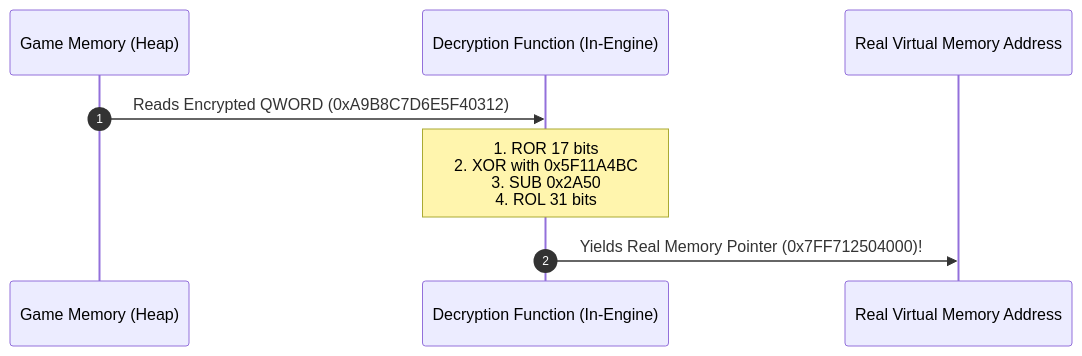
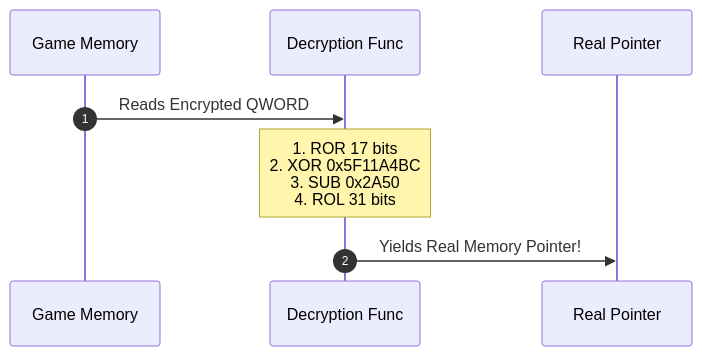
The second of 3 diagrams in topics/24-aaa-binary-obfuscation-and-r6-security-mechanics/README.md (DaddyZyn/Cyber-security-notes), drawn with Mermaid before and after one commit. The commit also changed other lines of this file and 7 other files, not shown here.

Commit message:
fix: reformat all diagrams in modules 20-27 with ultra-short line wrapping to prevent GitHub SVG text clipping

````diff
--- a/topics/24-aaa-binary-obfuscation-and-r6-security-mechanics/README.md
+++ b/topics/24-aaa-binary-obfuscation-and-r6-security-mechanics/README.md
@@ -69,11 +69,11 @@
 ```mermaid
 sequenceDiagram
     autonumber
-    participant RAM as Game Memory (Heap)
-    participant Engine as Decryption Function (In-Engine)
-    participant CPU as Real Virtual Memory Address
+    participant RAM as Game Memory
+    participant Engine as Decryption Func
+    participant CPU as Real Pointer
 
-    RAM->>Engine: Reads Encrypted QWORD (0xA9B8C7D6E5F40312)
-    Note over Engine: 1. ROR 17 bits<br/>2. XOR with 0x5F11A4BC<br/>3. SUB 0x2A50<br/>4. ROL 31 bits
-    Engine->>CPU: Yields Real Memory Pointer (0x7FF712504000)!
+    RAM->>Engine: Reads Encrypted QWORD
+    Note over Engine: 1. ROR 17 bits<br/>2. XOR 0x5F11A4BC<br/>3. SUB 0x2A50<br/>4. ROL 31 bits
+    Engine->>CPU: Yields Real Memory Pointer!
 ```
````
